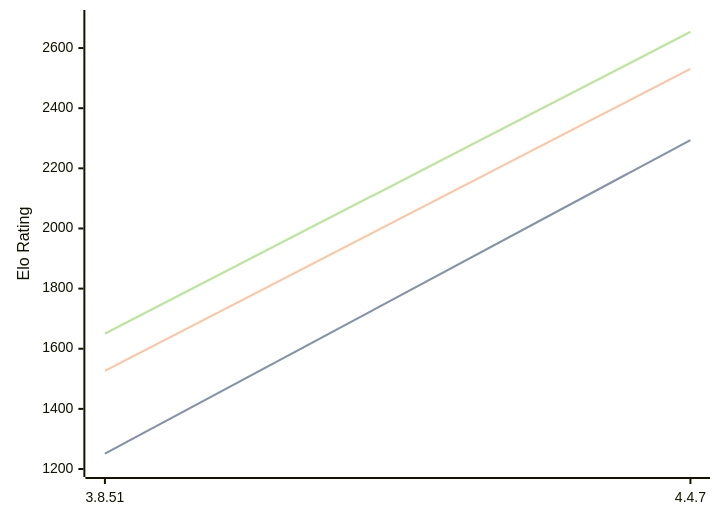
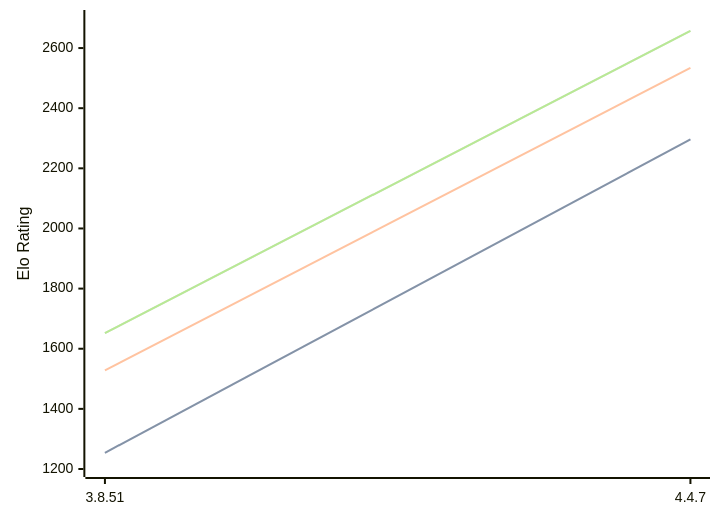
One commit to computer-chess-index/cci changed the diagram in engines/Scoria.md. Above: the diagram before and after it, drawn with Mermaid. The commit also changed other lines of this file, not shown here.

Commit message:
Update CCI Ratings (ELO VLTC) - 2026-09-24

````diff
--- a/engines/Scoria.md
+++ b/engines/Scoria.md
@@ -32,11 +32,11 @@
 ```mermaid
 %%{init: {"theme":"base","themeVariables":{"seriesColors:['#a3a3a3','#222221','#faa371']}}}%%
 xychart-beta
   x-axis ["3.8.51", "4.4.7"]
   y-axis "Elo Rating" 1200 --> 2700
-  line "" [1251, 2294]
-  line "STC (8.0+0.08s)" [1251, 2294]
-  line "LTC (60.0+0.60s)" [1526, 2531]
-  line "" [1650, 2654]
-  line "VLTC (2m24s+1.12s)" [1650, 2654]
+  line "" [1254, 2296]
+  line "STC (8.0+0.08s)" [1254, 2296]
+  line "LTC (60.0+0.60s)" [1528, 2534]
+  line "" [1652, 2657]
+  line "VLTC (2m24s+1.12s)" [1652, 2657]
 ```
````
